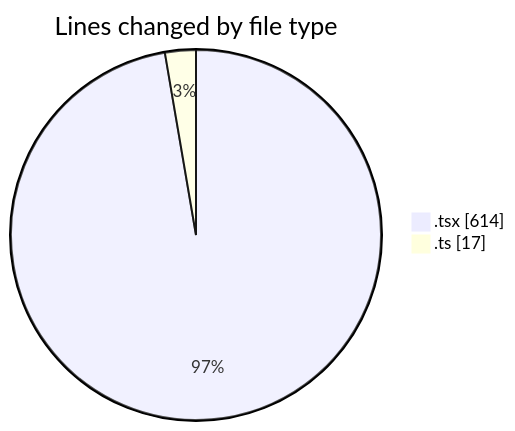
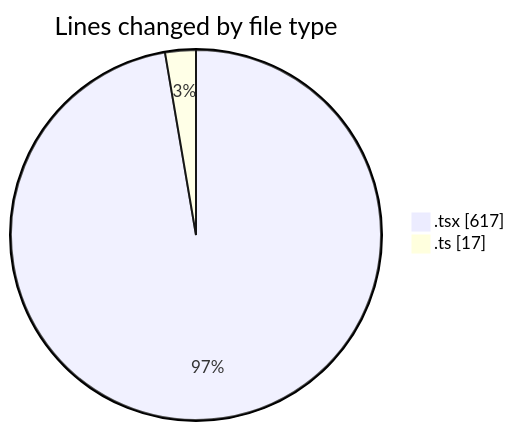
The first of 2 diagrams in 2025-04-02/cda/README.md (momahboobian/code-tracking), drawn with Mermaid before and after one commit. The commit also changed other lines of this file and 1 other file, not shown here.

````diff
--- a/2025-04-02/cda/README.md
+++ b/2025-04-02/cda/README.md
@@ -23,6 +23,6 @@
 ```mermaid
 pie showData
 title Lines changed by file type
-".tsx" : 614
+".tsx" : 617
 ".ts" : 17
 ```
````
